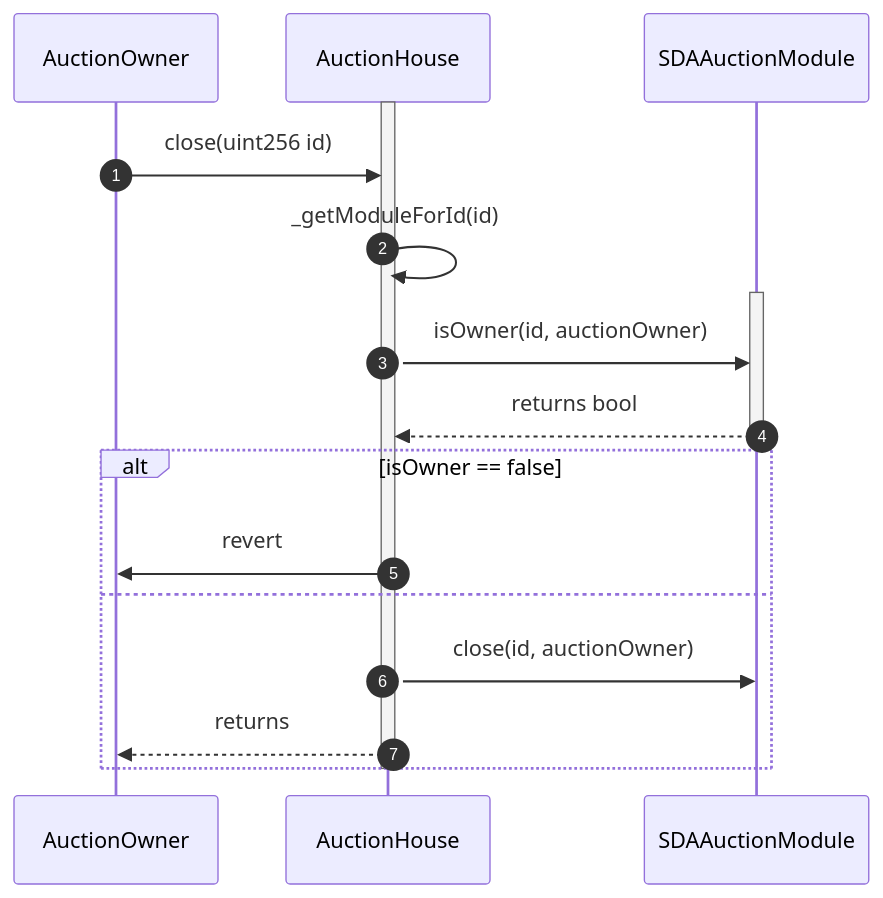
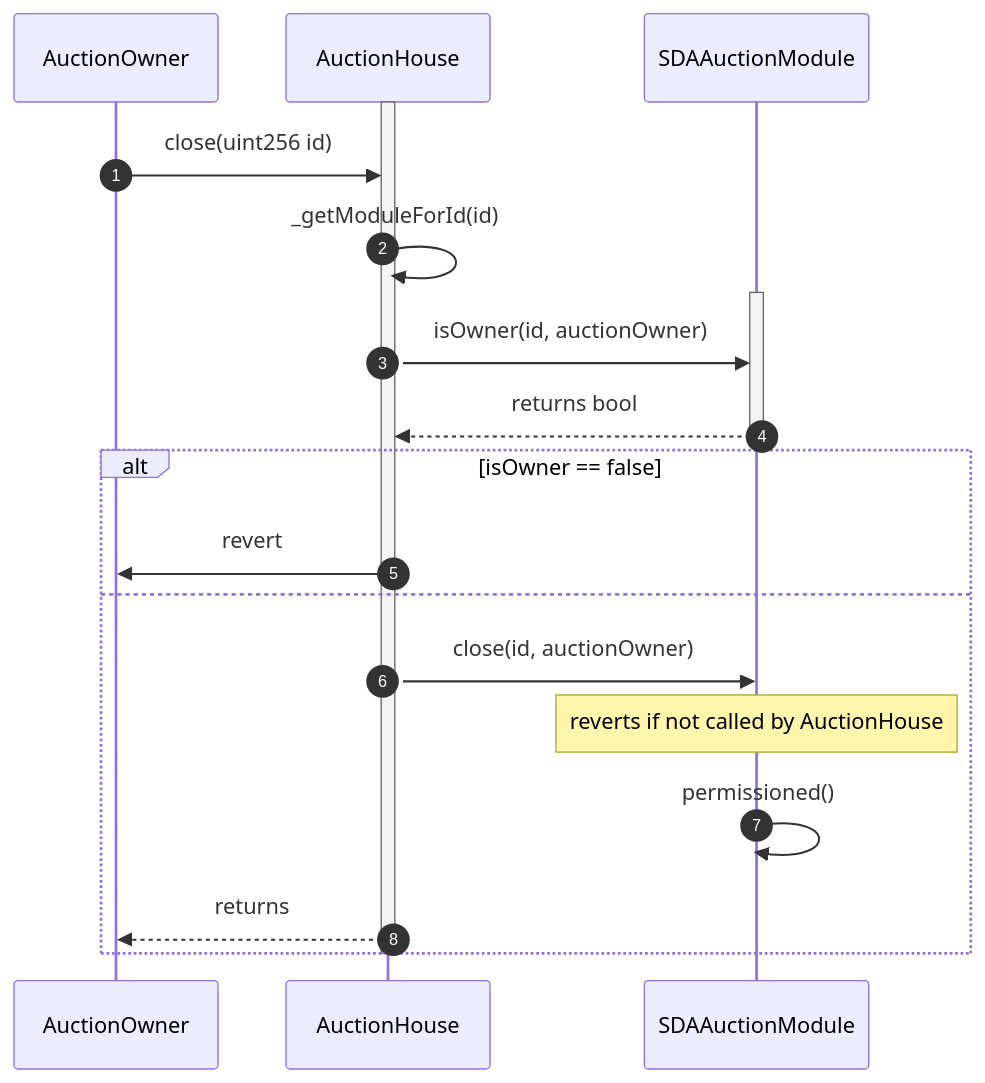
Before and after one commit to Axis-Fi/axis-core: the fifth of 6 diagrams in ARCHITECTURE.md, drawn with Mermaid. The commit also changed other lines of this file, not shown here.

Commit message:
Add permission check

````diff
--- a/ARCHITECTURE.md
+++ b/ARCHITECTURE.md
@@ -358,25 +358,27 @@
 ```mermaid
 sequenceDiagram
   autoNumber
   participant AuctionOwner
   participant AuctionHouse
   participant SDAAuctionModule
 
   activate AuctionHouse
     AuctionOwner->>AuctionHouse: close(uint256 id)
     
     AuctionHouse->>AuctionHouse: _getModuleForId(id)
 
     activate SDAAuctionModule
       AuctionHouse->>SDAAuctionModule: isOwner(id, auctionOwner)
       SDAAuctionModule-->>AuctionHouse: returns bool
     deactivate SDAAuctionModule
 
     alt isOwner == false
       AuctionHouse->>AuctionOwner: revert
     else
       AuctionHouse->>SDAAuctionModule: close(id, auctionOwner)
+      Note over SDAAuctionModule: reverts if not called by AuctionHouse
+      SDAAuctionModule->>SDAAuctionModule: permissioned()
       AuctionHouse-->>AuctionOwner: returns
     end    
   deactivate AuctionHouse
 ```
````
